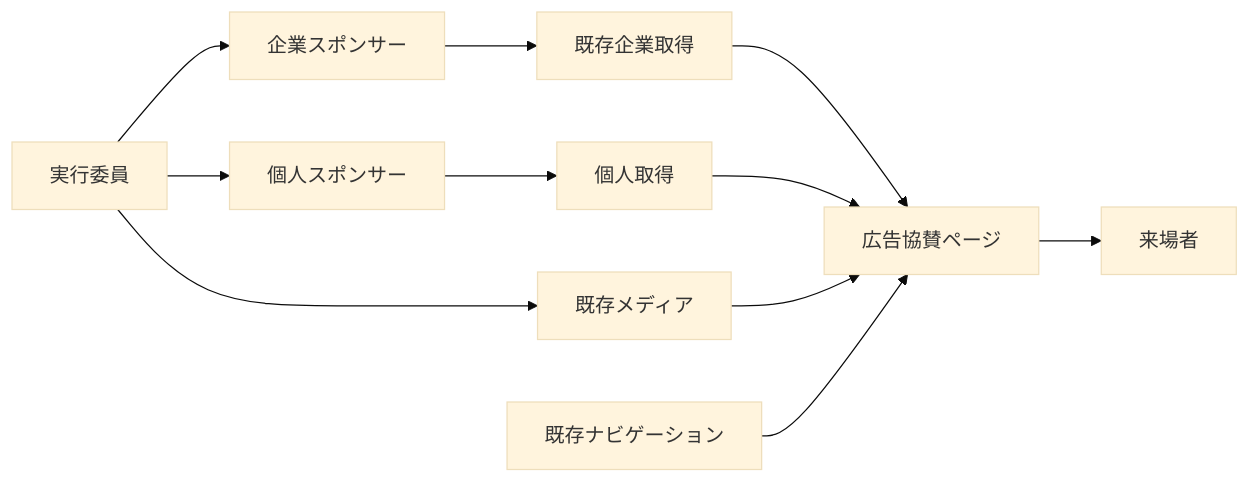
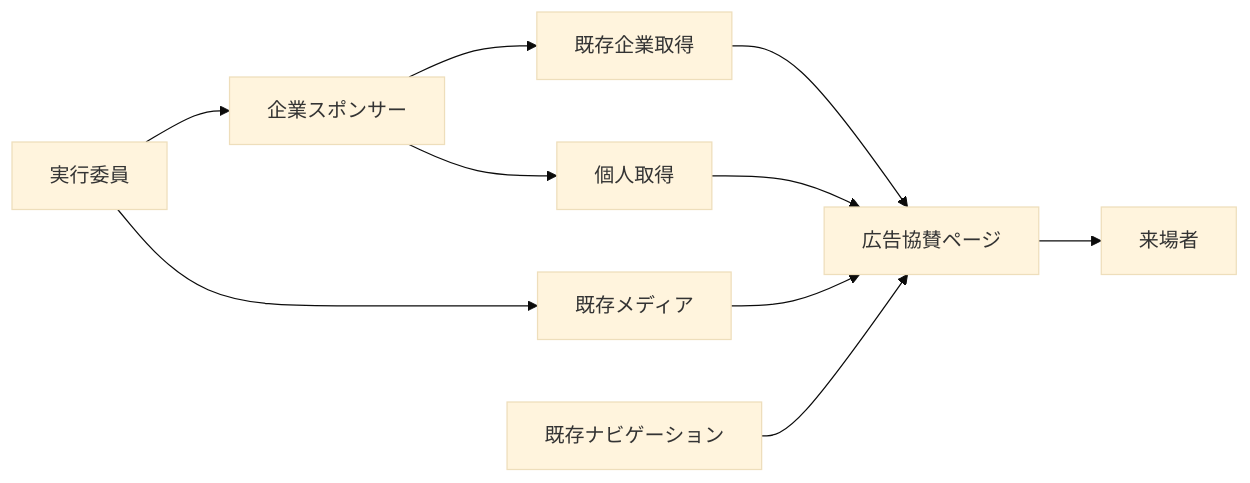
One commit to aramakisai/aramakisai-web changed the diagram in .kiro/specs/advertising-sponsor-page/design.md. Above: the diagram before and after it, drawn with Mermaid (base theme). The commit also changed other lines of this file and 3 other files, not shown here.

````diff
--- a/.kiro/specs/advertising-sponsor-page/design.md
+++ b/.kiro/specs/advertising-sponsor-page/design.md
@@ -38,13 +38,12 @@
 ```mermaid
 flowchart LR
   Operator[実行委員] --> Sponsors[企業スポンサー]
-  Operator --> Individuals[個人スポンサー]
   Operator --> Media[既存メディア]
   Sponsors --> Fetch[既存企業取得]
-  Individuals --> FetchPersonal[個人取得]
+  Sponsors --> FetchPersonal[個人取得]
   Fetch --> Page[広告協賛ページ]
   FetchPersonal --> Page
   Media --> Page
   Navigation[既存ナビゲーション] --> Page
   Page --> Visitor[来場者]
 ```
````
